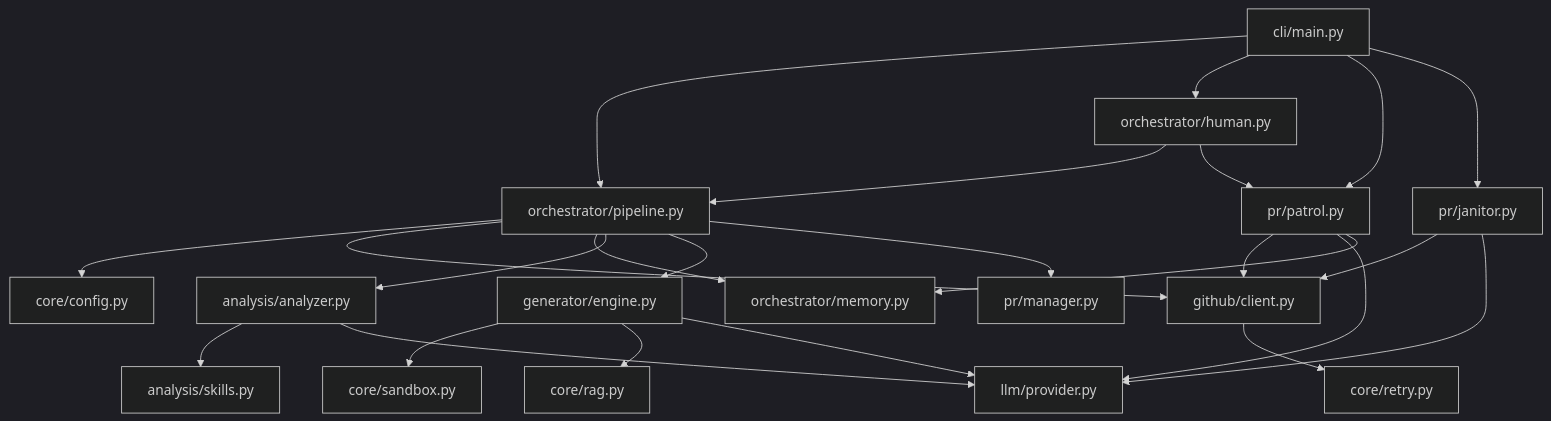
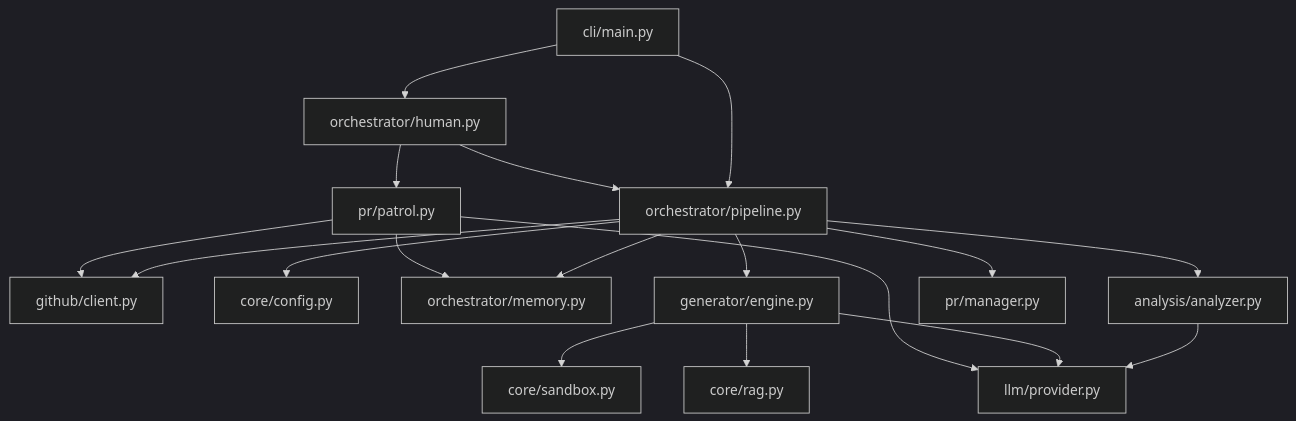
Before and after one commit to hieuit095/Agent-Farm: the diagram in PROJECT_MAP.md, drawn with Mermaid (dark theme). The commit also changed other lines of this file and 1 other file, not shown here.

````diff
--- a/PROJECT_MAP.md
+++ b/PROJECT_MAP.md
@@ -86,33 +44,25 @@
 ```mermaid
 graph TD
     CLI[cli/main.py] --> Orchestrator[orchestrator/pipeline.py]
     CLI --> SuperHuman[orchestrator/human.py]
-    CLI --> PRPatrol[pr/patrol.py]
-    CLI --> PRJanitor[pr/janitor.py]
 
+    Orchestrator --> GitHub[github/client.py]
     Orchestrator --> Config[core/config.py]
-    Orchestrator --> GitHub[github/client.py]
     Orchestrator --> Memory[orchestrator/memory.py]
+
     Orchestrator --> Analyzer[analysis/analyzer.py]
-    Orchestrator --> Generator[generator/engine.py]
-    Orchestrator --> PRManager[pr/manager.py]
-
-    Analyzer --> Skills[analysis/skills.py]
     Analyzer --> LLM[llm/provider.py]
 
+    Orchestrator --> Generator[generator/engine.py]
     Generator --> Sandbox[core/sandbox.py]
     Generator --> RAG[core/rag.py]
     Generator --> LLM
 
+    Orchestrator --> PRManager[pr/manager.py]
+
     SuperHuman --> Orchestrator
-    SuperHuman --> PRPatrol
-
-    PRPatrol --> GitHub
-    PRPatrol --> LLM
-    PRPatrol --> Memory
-
-    PRJanitor --> GitHub
-    PRJanitor --> LLM
-
-    GitHub --> Retry[core/retry.py]
+    SuperHuman --> Patrol[pr/patrol.py]
+    Patrol --> GitHub
+    Patrol --> LLM
+    Patrol --> Memory
 ```
````
